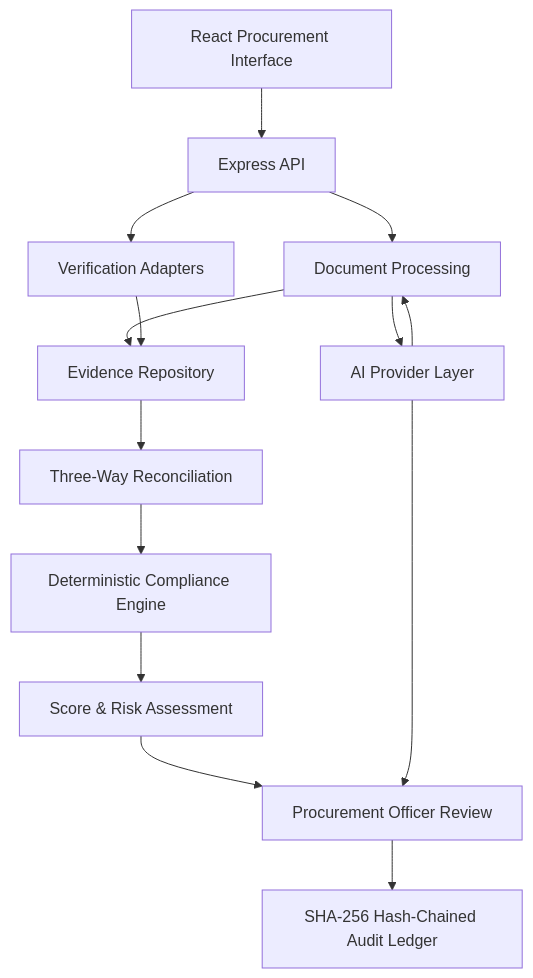
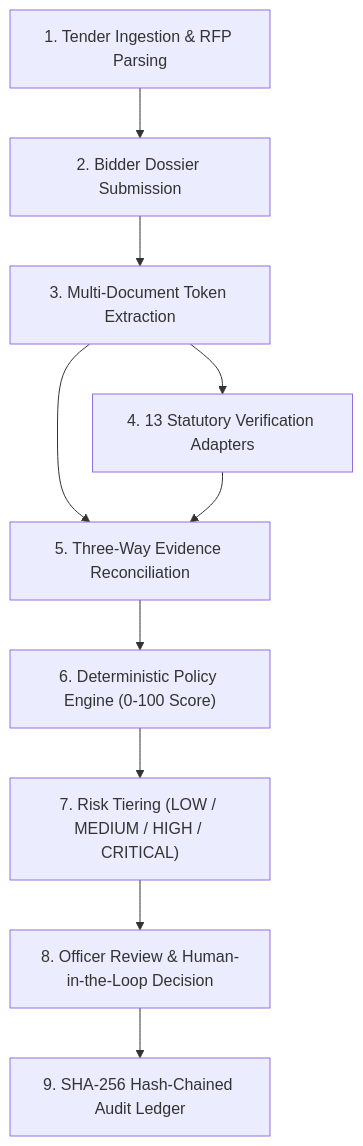
One commit to maitray-agrawal/Satyam changed the first of 2 diagrams in README.md. Above: the diagram before and after it, drawn with Mermaid. The commit also changed other lines of this file and 41 other files, not shown here.

````diff
--- a/README.md
+++ b/README.md
@@ -75,29 +126,22 @@
 ```mermaid
 flowchart TD
+    TENDER["1. Tender Ingestion & RFP Parsing"]
+    BID["2. Bidder Dossier Submission"]
+    EXTRACT["3. Multi-Document Token Extraction"]
+    REGISTRY["4. 13 Statutory Verification Adapters"]
+    RECON["5. Three-Way Evidence Reconciliation"]
+    COMPLIANCE["6. Deterministic Policy Engine (0-100 Score)"]
+    RISK["7. Risk Tiering (LOW / MEDIUM / HIGH / CRITICAL)"]
+    OFFICER["8. Officer Review & Human-in-the-Loop Decision"]
+    AUDIT["9. SHA-256 Hash-Chained Audit Ledger"]
 
-UI["React Procurement Interface"]
-API["Express API"]
-DOC["Document Processing"]
-VERIFY["Verification Adapters"]
-EVIDENCE["Evidence Repository"]
-RECON["Three-Way Reconciliation"]
-POLICY["Deterministic Compliance Engine"]
-RISK["Score & Risk Assessment"]
-OFFICER["Procurement Officer Review"]
-AUDIT["SHA-256 Hash-Chained Audit Ledger"]
-AI["AI Provider Layer"]
-
-UI --> API
-API --> DOC
-API --> VERIFY
-DOC --> EVIDENCE
-VERIFY --> EVIDENCE
-EVIDENCE --> RECON
-RECON --> POLICY
-POLICY --> RISK
-RISK --> OFFICER
-OFFICER --> AUDIT
-DOC --> AI
-AI --> DOC
-AI --> OFFICER
+    TENDER --> BID
+    BID --> EXTRACT
+    EXTRACT --> REGISTRY
+    EXTRACT --> RECON
+    REGISTRY --> RECON
+    RECON --> COMPLIANCE
+    COMPLIANCE --> RISK
+    RISK --> OFFICER
+    OFFICER --> AUDIT
 ```
````
